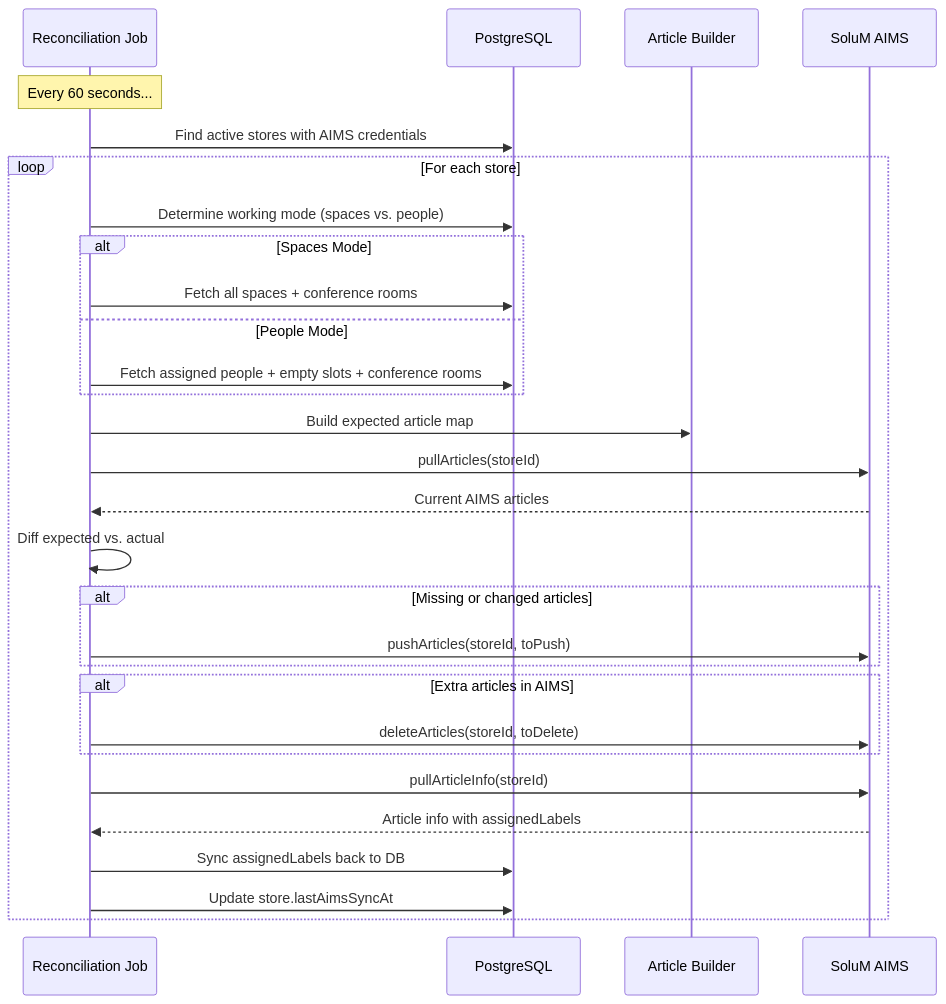
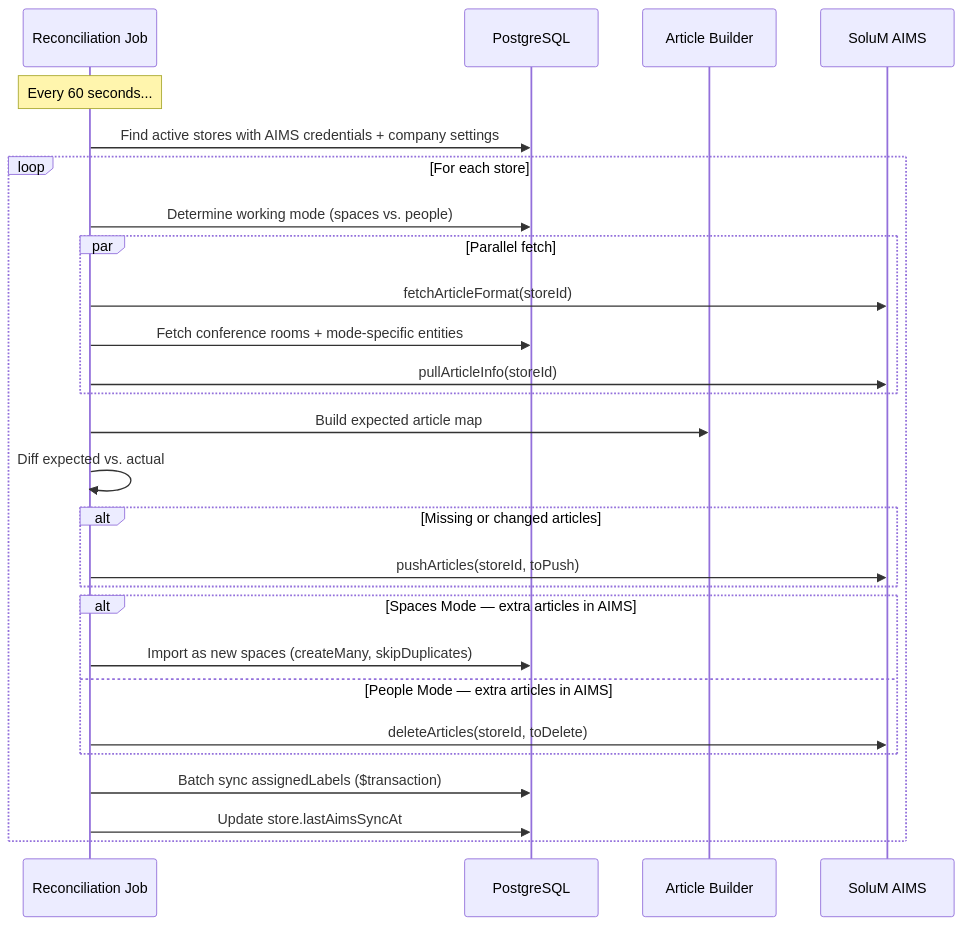
The third of 4 diagrams in docs/wiki/Chapter-5-—-Integration-&-Synchronization.md (AvivElectis/electisSpace), drawn with Mermaid before and after one commit. The commit also changed other lines of this file and 3 other files, not shown here.

First line of the commit message:
feat: safe AIMS sync — import from AIMS in spaces mode, never delete

````diff
--- a/docs/wiki/Chapter-5-—-Integration-&-Synchronization.md
+++ b/docs/wiki/Chapter-5-—-Integration-&-Synchronization.md
@@ -73,40 +73,37 @@
 ```mermaid
 sequenceDiagram
     participant Job as Reconciliation Job
     participant DB as PostgreSQL
     participant Builder as Article Builder
     participant AIMS as SoluM AIMS
 
     Note over Job: Every 60 seconds...
 
-    Job->>DB: Find active stores with AIMS credentials
+    Job->>DB: Find active stores with AIMS credentials + company settings
 
     loop For each store
         Job->>DB: Determine working mode (spaces vs. people)
 
-        alt Spaces Mode
-            Job->>DB: Fetch all spaces + conference rooms
-        else People Mode
-            Job->>DB: Fetch assigned people + empty slots + conference rooms
+        par Parallel fetch
+            Job->>AIMS: fetchArticleFormat(storeId)
+            Job->>DB: Fetch conference rooms + mode-specific entities
+            Job->>AIMS: pullArticleInfo(storeId)
         end
 
         Job->>Builder: Build expected article map
-        Job->>AIMS: pullArticles(storeId)
-        AIMS-->>Job: Current AIMS articles
-
         Job->>Job: Diff expected vs. actual
 
         alt Missing or changed articles
             Job->>AIMS: pushArticles(storeId, toPush)
         end
 
-        alt Extra articles in AIMS
+        alt Spaces Mode — extra articles in AIMS
+            Job->>DB: Import as new spaces (createMany, skipDuplicates)
+        else People Mode — extra articles in AIMS
             Job->>AIMS: deleteArticles(storeId, toDelete)
         end
 
-        Job->>AIMS: pullArticleInfo(storeId)
-        AIMS-->>Job: Article info with assignedLabels
-        Job->>DB: Sync assignedLabels back to DB
+        Job->>DB: Batch sync assignedLabels ($transaction)
         Job->>DB: Update store.lastAimsSyncAt
     end
 ```
````
